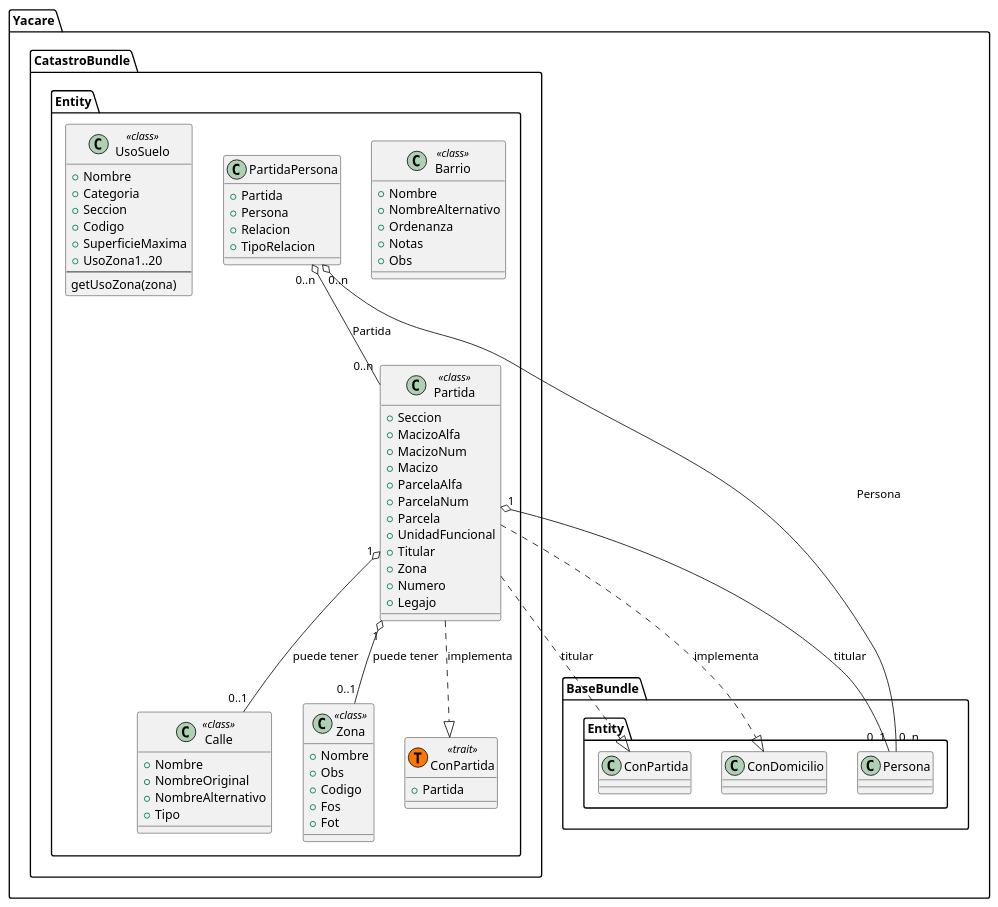
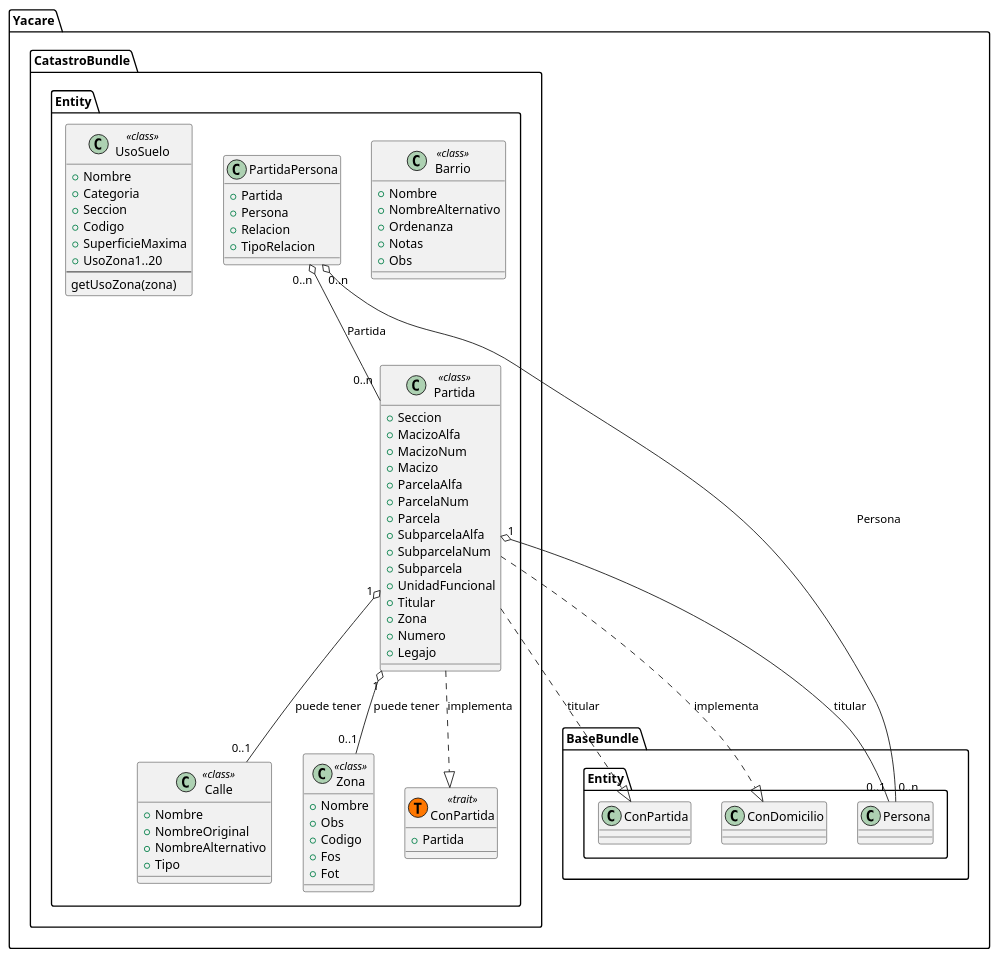
One commit to Drake86cnf/yacare changed the diagram in docs/Clases/Yacare/Catastro/DC_Entidades.pu. Above: the diagram before and after it, drawn with PlantUML. The commit also changed 1 other file, not shown here.

```diff
--- a/docs/Clases/Yacare/Catastro/DC_Entidades.pu
+++ b/docs/Clases/Yacare/Catastro/DC_Entidades.pu
@@ -1,76 +1,79 @@
 @startuml
 
 namespace Yacare.CatastroBundle.Entity  {
 	class Calle <<class>> {
 		+Nombre
 		+NombreOriginal
 		+NombreAlternativo
 		+Tipo
 	}
 
 	class Barrio <<class>> {
 		+Nombre
 		+NombreAlternativo
 		+Ordenanza
 		+Notas
 		+Obs
 	}
 	
 	class Partida <<class>> {
 		+Seccion
 		+MacizoAlfa
 		+MacizoNum
 		+Macizo
 		+ParcelaAlfa
 		+ParcelaNum
 		+Parcela
+		+SubparcelaAlfa
+		+SubparcelaNum
+		+Subparcela
 		+UnidadFuncional
 		+Titular
 		+Zona
 		+Numero
 		+Legajo
 	}
 	
 	class PartidaPersona {
 		+Partida
 		+Persona
 		+Relacion
 		+TipoRelacion
 	}
 	
 	class UsoSuelo <<class>> {
 		+Nombre
 		+Categoria
 		+Seccion
 		+Codigo
 		+SuperficieMaxima
 		+UsoZona1..20
 		--
 		getUsoZona(zona)
 	}
 	
 	class Zona <<class>> {
 		+Nombre
 		+Obs
 		+Codigo
 		+Fos
 		+Fot
 	}
 	class ConPartida <<(T,#FF7700) trait>> {
 		+Partida
 		
 	}
 
 	Partida ..|> Yacare.BaseBundle.Entity.ConPartida : titular
 	Partida ..|> Yacare.BaseBundle.Entity.ConDomicilio : implementa
 	Partida ..|> ConPartida : implementa
 	Partida "1" o-- "0..1" Yacare.BaseBundle.Entity.Persona : titular
 	Partida "1" o-- "0..1" Calle : puede tener
 	Partida "1" o-- "0..1" Zona : puede tener
 	
 	PartidaPersona "0..n" o-- "0..n" Yacare.BaseBundle.Entity.Persona : Persona
 	PartidaPersona "0..n" o-- "0..n" Partida : Partida	
 }
 
 
 @enduml
```
